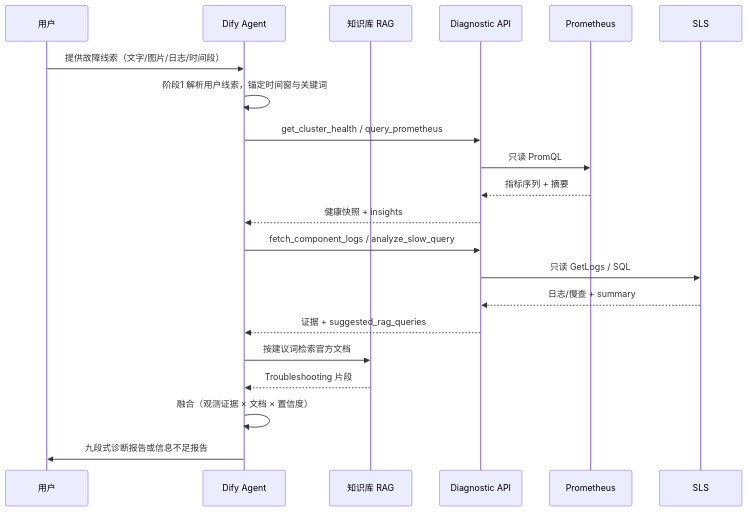
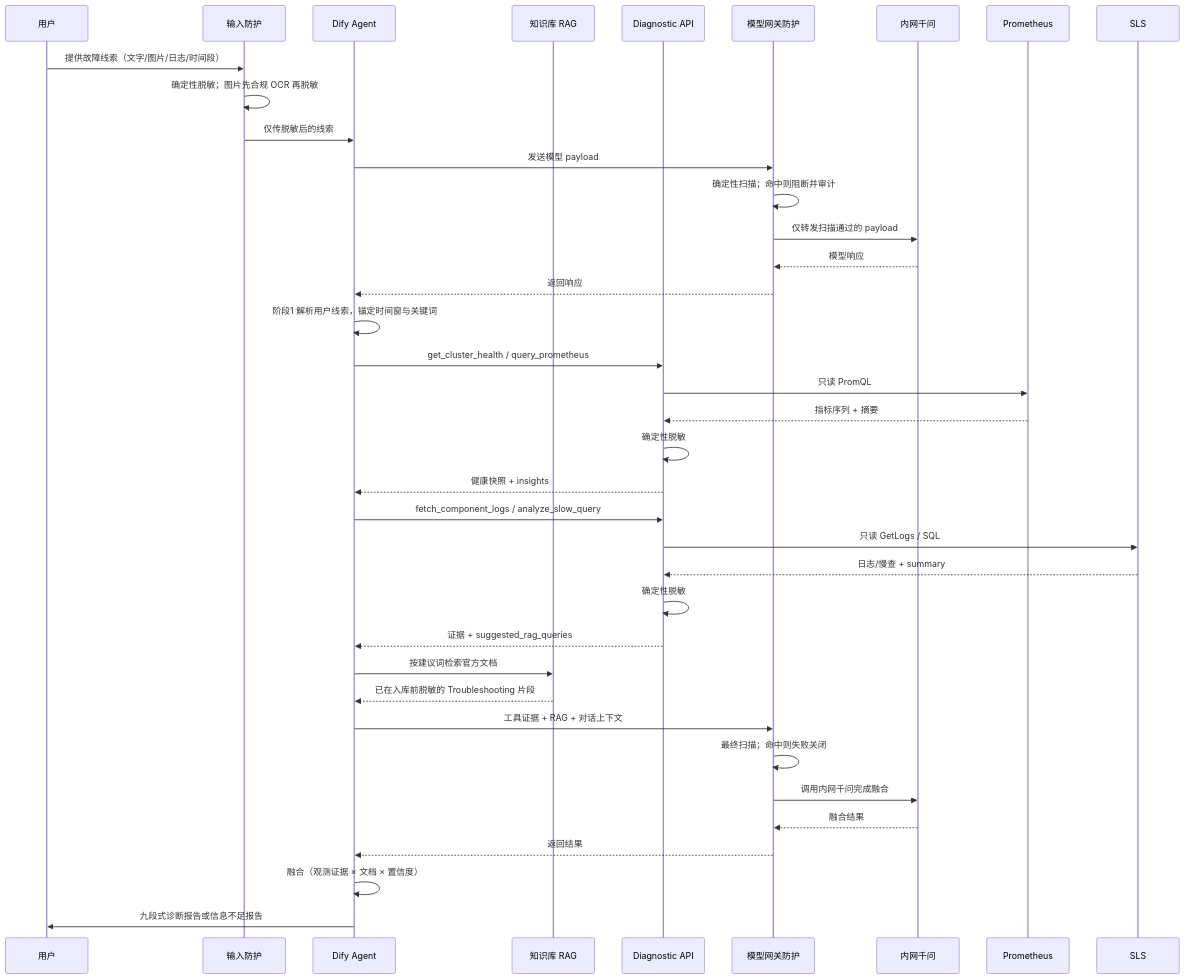
Before and after one commit to yangzhengjie/tidb-diag: the third of 10 diagrams in docs/tidb-diag-agent-technical-design.md, drawn with Mermaid. The commit also changed other lines of this file and 1 other file, not shown here.

````diff
--- a/docs/tidb-diag-agent-technical-design.md
+++ b/docs/tidb-diag-agent-technical-design.md
@@ -164,24 +175,41 @@
 ```mermaid
 sequenceDiagram
     participant U as 用户
+    participant G as 输入防护
     participant A as Dify Agent
     participant KB as 知识库 RAG
     participant API as Diagnostic API
+    participant MG as 模型网关防护
+    participant Q as 内网千问
     participant P as Prometheus
     participant S as SLS
 
-    U->>A: 提供故障线索（文字/图片/日志/时间段）
+    U->>G: 提供故障线索（文字/图片/日志/时间段）
+    G->>G: 确定性脱敏；图片先合规 OCR 再脱敏
+    G->>A: 仅传脱敏后的线索
+    A->>MG: 发送模型 payload
+    MG->>MG: 确定性扫描；命中则阻断并审计
+    MG->>Q: 仅转发扫描通过的 payload
+    Q-->>MG: 模型响应
+    MG-->>A: 返回响应
     A->>A: 阶段1 解析用户线索，锚定时间窗与关键词
     A->>API: get_cluster_health / query_prometheus
     API->>P: 只读 PromQL
     P-->>API: 指标序列 + 摘要
+    API->>API: 确定性脱敏
     API-->>A: 健康快照 + insights
     A->>API: fetch_component_logs / analyze_slow_query
     API->>S: 只读 GetLogs / SQL
     S-->>API: 日志/慢查 + summary
+    API->>API: 确定性脱敏
     API-->>A: 证据 + suggested_rag_queries
     A->>KB: 按建议词检索官方文档
-    KB-->>A: Troubleshooting 片段
+    KB-->>A: 已在入库前脱敏的 Troubleshooting 片段
+    A->>MG: 工具证据 + RAG + 对话上下文
+    MG->>MG: 最终扫描；命中则失败关闭
+    MG->>Q: 调用内网千问完成融合
+    Q-->>MG: 融合结果
+    MG-->>A: 返回结果
     A->>A: 融合（观测证据 × 文档 × 置信度）
     A->>U: 九段式诊断报告或信息不足报告
 ```
````
